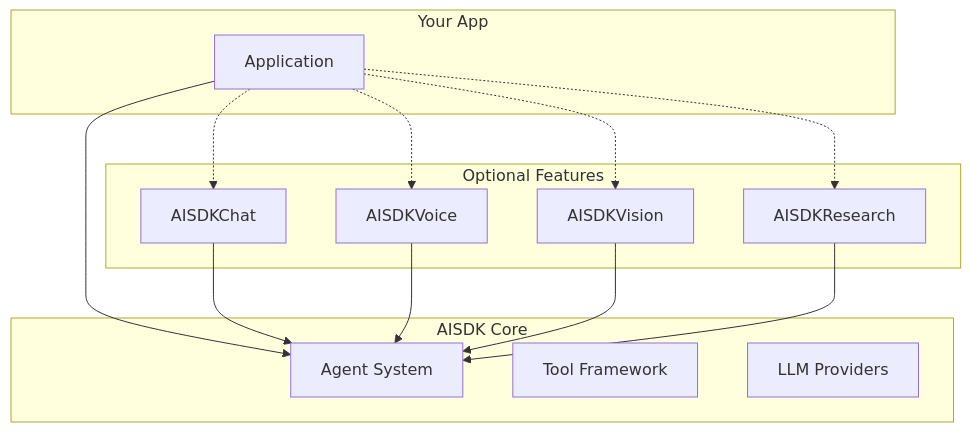
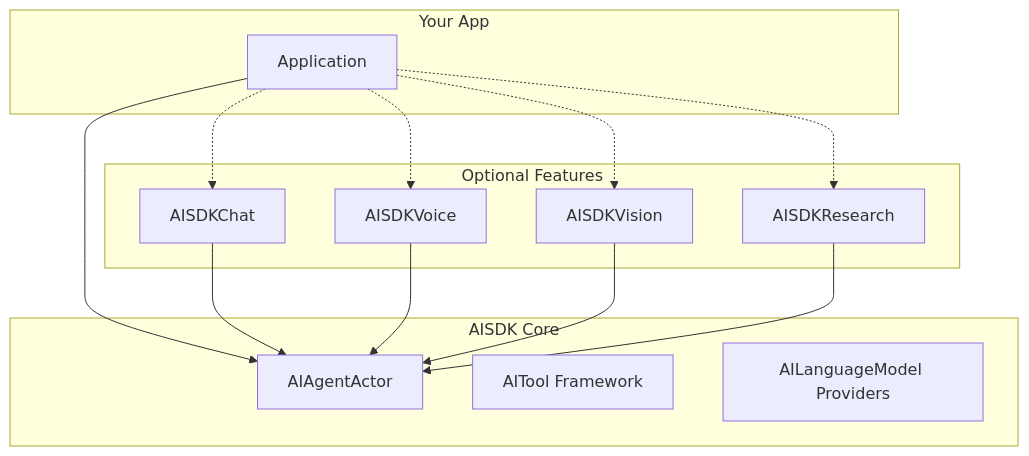
The diagram in Sources/AISDK/README.md (DanielhCarranza/AISDK), drawn with Mermaid before and after one commit. The commit also changed other lines of this file and 8 other files, not shown here.

````diff
--- a/Sources/AISDK/README.md
+++ b/Sources/AISDK/README.md
@@ -165,30 +164,30 @@
 ```mermaid
 graph TB
     subgraph "Your App"
         App[Application]
     end
     
     subgraph "AISDK Core"
-        Agent[Agent System]
-        Tools[Tool Framework]
-        LLM[LLM Providers]
+        Agent[AIAgentActor]
+        Tools[AITool Framework]
+        LLM[AILanguageModel Providers]
     end
     
     subgraph "Optional Features"
         Chat[AISDKChat]
         Voice[AISDKVoice]
         Vision[AISDKVision]
         Research[AISDKResearch]
     end
     
     App --> Agent
     App -.-> Chat
     App -.-> Voice
     App -.-> Vision
     App -.-> Research
     
     Chat --> Agent
     Voice --> Agent
     Vision --> Agent
     Research --> Agent
 ```
````
